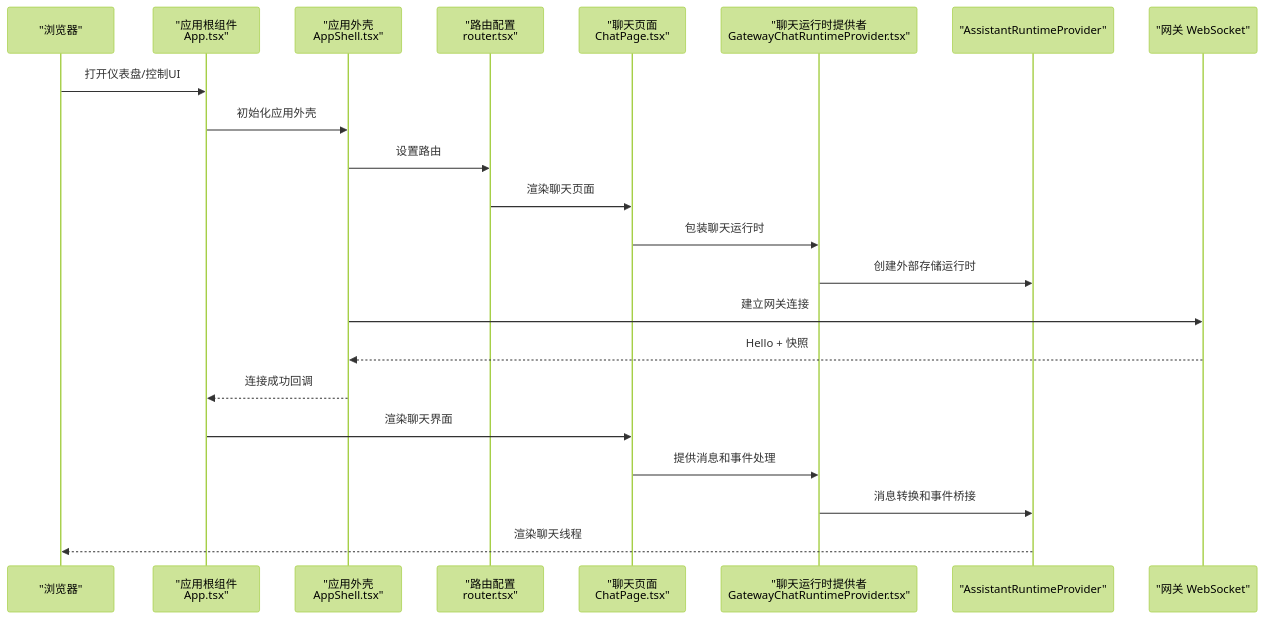
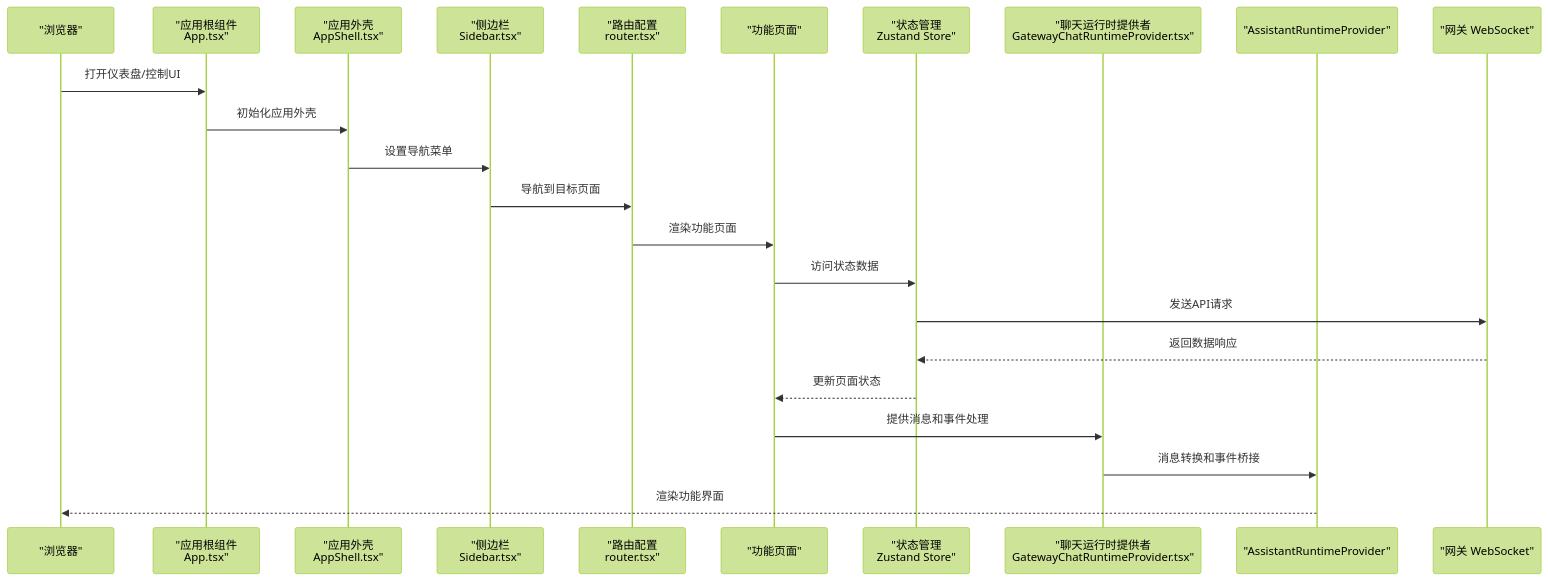
The second of 6 diagrams in .qoder/repowiki/zh/content/Web界面/Web界面.md (verse-ai-org/openclaw), drawn with Mermaid (forest theme) before and after one commit. The commit also changed other lines of this file and 41 other files, not shown here.

````diff
--- a/.qoder/repowiki/zh/content/Web界面/Web界面.md
+++ b/.qoder/repowiki/zh/content/Web界面/Web界面.md
@@ -164,24 +231,25 @@
 ```mermaid
 sequenceDiagram
 participant Browser as "浏览器"
 participant App as "应用根组件<br/>App.tsx"
 participant Shell as "应用外壳<br/>AppShell.tsx"
+participant Sidebar as "侧边栏<br/>Sidebar.tsx"
 participant Router as "路由配置<br/>router.tsx"
-participant ChatPage as "聊天页面<br/>ChatPage.tsx"
+participant Page as "功能页面"
+participant Store as "状态管理<br/>Zustand Store"
 participant Runtime as "聊天运行时提供者<br/>GatewayChatRuntimeProvider.tsx"
 participant Provider as "AssistantRuntimeProvider"
 participant WS as "网关 WebSocket"
 Browser->>App : 打开仪表盘/控制UI
 App->>Shell : 初始化应用外壳
-Shell->>Router : 设置路由
-Router->>ChatPage : 渲染聊天页面
-ChatPage->>Runtime : 包装聊天运行时
-Runtime->>Provider : 创建外部存储运行时
-Shell->>WS : 建立网关连接
-WS-->>Shell : Hello + 快照
-Shell-->>App : 连接成功回调
-App->>ChatPage : 渲染聊天界面
-ChatPage->>Runtime : 提供消息和事件处理
+Shell->>Sidebar : 设置导航菜单
+Sidebar->>Router : 导航到目标页面
+Router->>Page : 渲染功能页面
+Page->>Store : 访问状态数据
+Store->>WS : 发送API请求
+WS-->>Store : 返回数据响应
+Store-->>Page : 更新页面状态
+Page->>Runtime : 提供消息和事件处理
 Runtime->>Provider : 消息转换和事件桥接
-Provider-->>Browser : 渲染聊天线程
+Provider-->>Browser : 渲染功能界面
 ```
````
